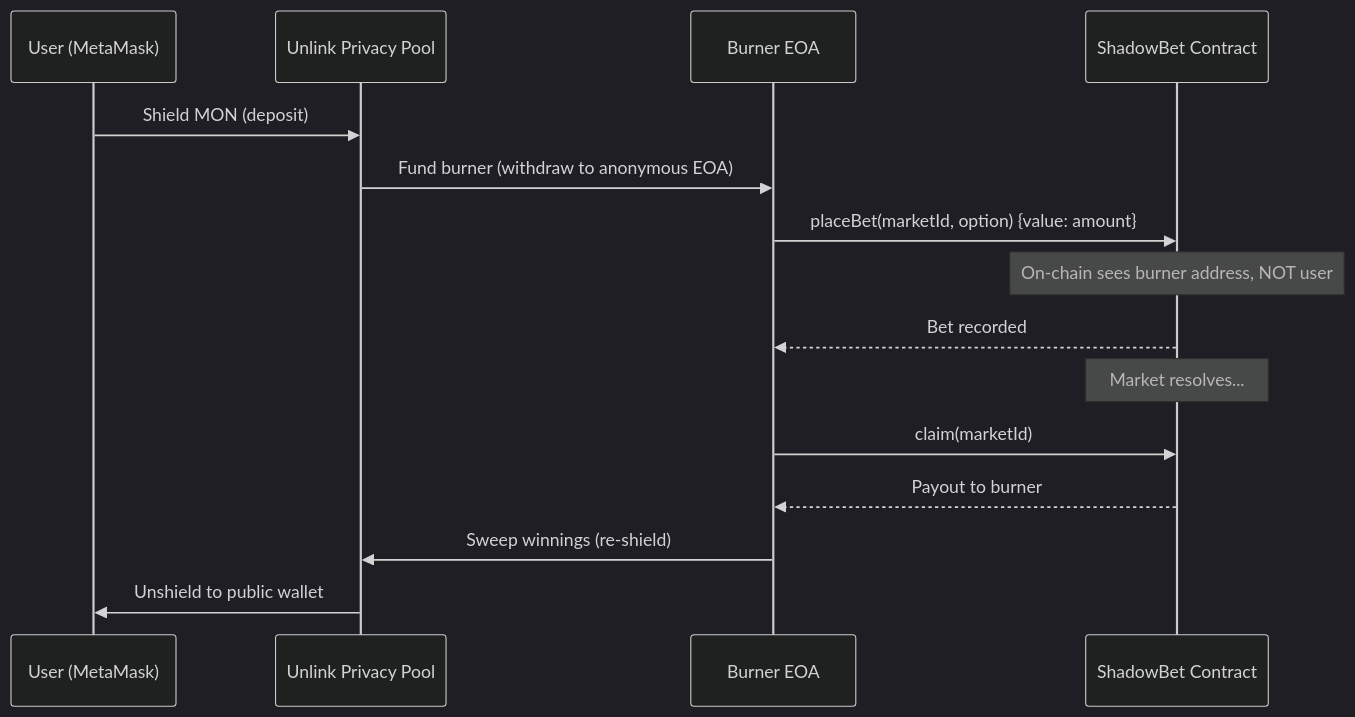
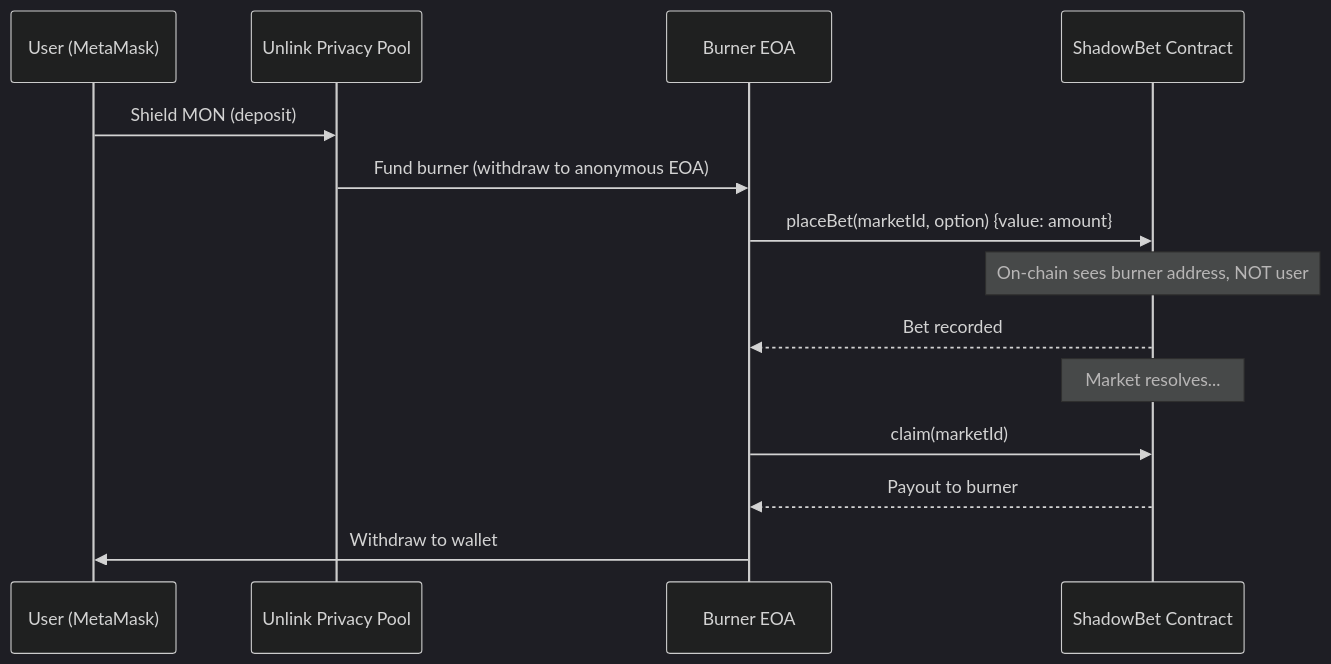
One commit to YuxiangJiangCT/shadow-bet changed the diagram in README.md. Above: the diagram before and after it, drawn with Mermaid (dark theme). The commit also changed other lines of this file, not shown here.

First line of the commit message:
docs: fix inaccurate privacy flow in README

````diff
--- a/README.md
+++ b/README.md
@@ -81,20 +81,19 @@
 ```mermaid
 sequenceDiagram
     participant U as User (MetaMask)
     participant UP as Unlink Privacy Pool
     participant B as Burner EOA
     participant S as ShadowBet Contract
 
     U->>UP: Shield MON (deposit)
     UP->>B: Fund burner (withdraw to anonymous EOA)
     B->>S: placeBet(marketId, option) {value: amount}
     Note over S: On-chain sees burner address, NOT user
     S-->>B: Bet recorded
 
     Note over S: Market resolves...
 
     B->>S: claim(marketId)
     S-->>B: Payout to burner
-    B->>UP: Sweep winnings (re-shield)
-    UP->>U: Unshield to public wallet
+    B->>U: Withdraw to wallet
 ```
````
